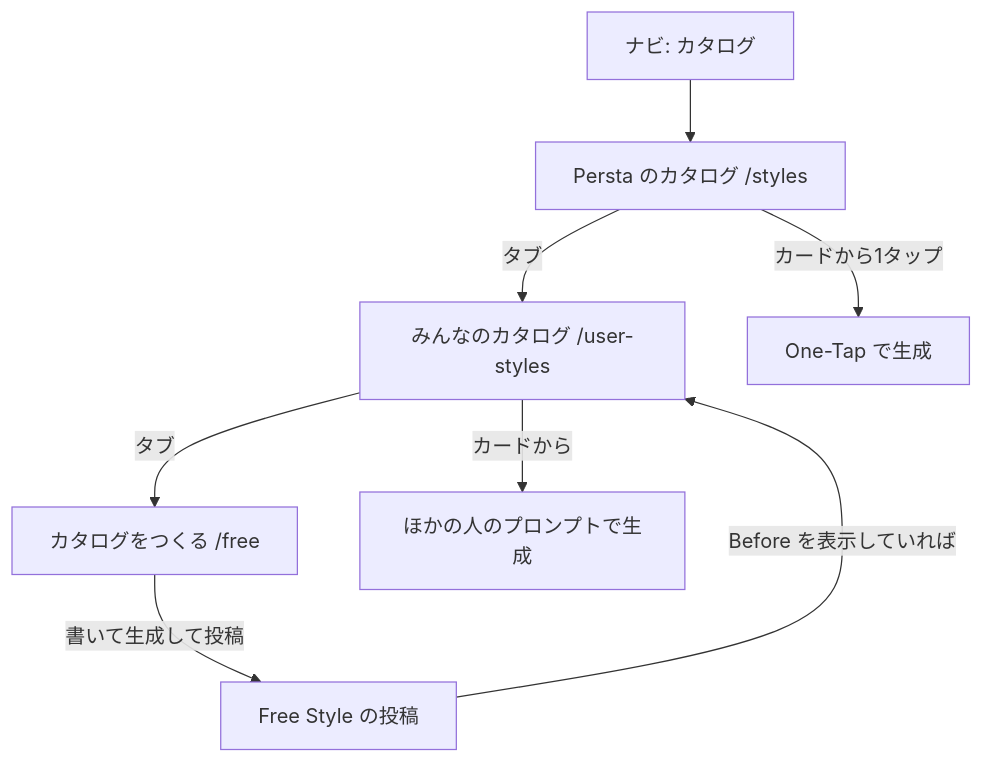
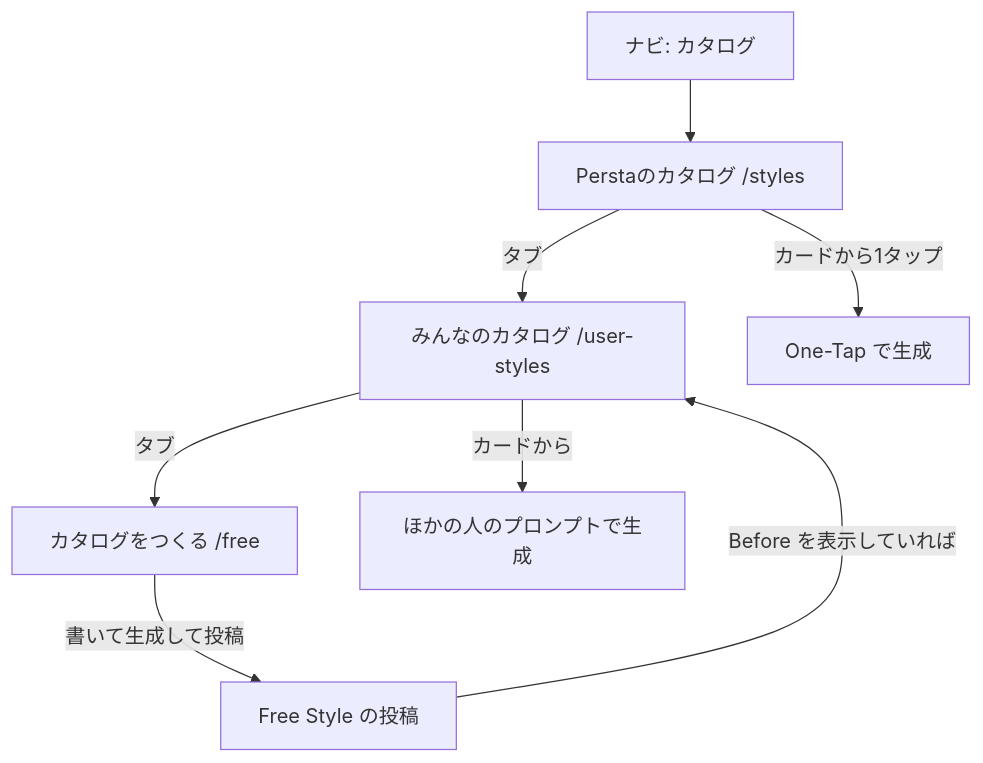
One commit to 3balljugglerYu/ai_coordinate changed the first of 3 diagrams in docs/planning/catalog-three-tabs-implementation-plan.md. Above: the diagram before and after it, drawn with Mermaid. The commit also changed other lines of this file and 20 other files, not shown here.

````diff
--- a/docs/planning/catalog-three-tabs-implementation-plan.md
+++ b/docs/planning/catalog-three-tabs-implementation-plan.md
@@ -113,10 +113,10 @@
 ```mermaid
 flowchart TD
-    Nav["ナビ: カタログ"] --> Persta["Persta のカタログ /styles"]
+    Nav["ナビ: カタログ"] --> Persta["Perstaのカタログ /styles"]
     Persta -->|"タブ"| Users["みんなのカタログ /user-styles"]
     Users -->|"タブ"| Create["カタログをつくる /free"]
     Persta -->|"カードから1タップ"| Gen1["One-Tap で生成"]
     Users -->|"カードから"| Gen2["ほかの人のプロンプトで生成"]
     Create -->|"書いて生成して投稿"| Post["Free Style の投稿"]
     Post -->|"Before を表示していれば"| Users
 ```
````
